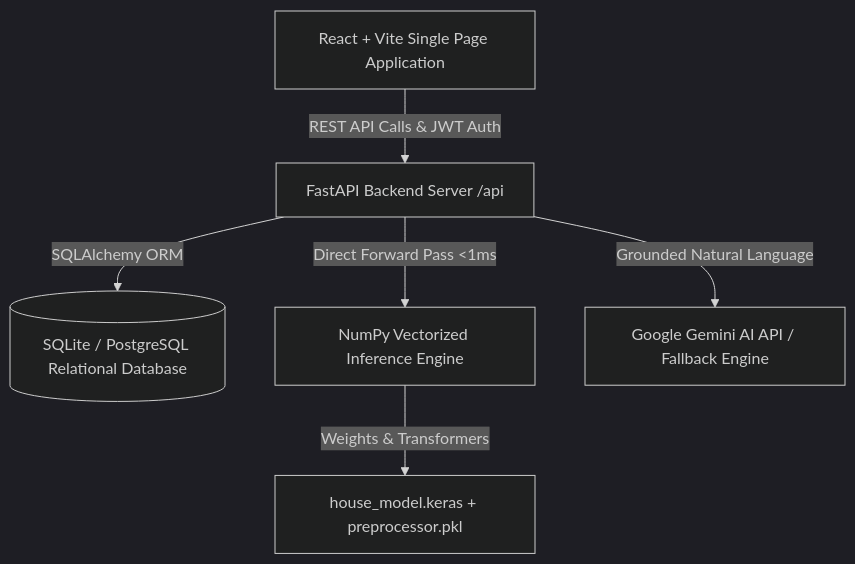
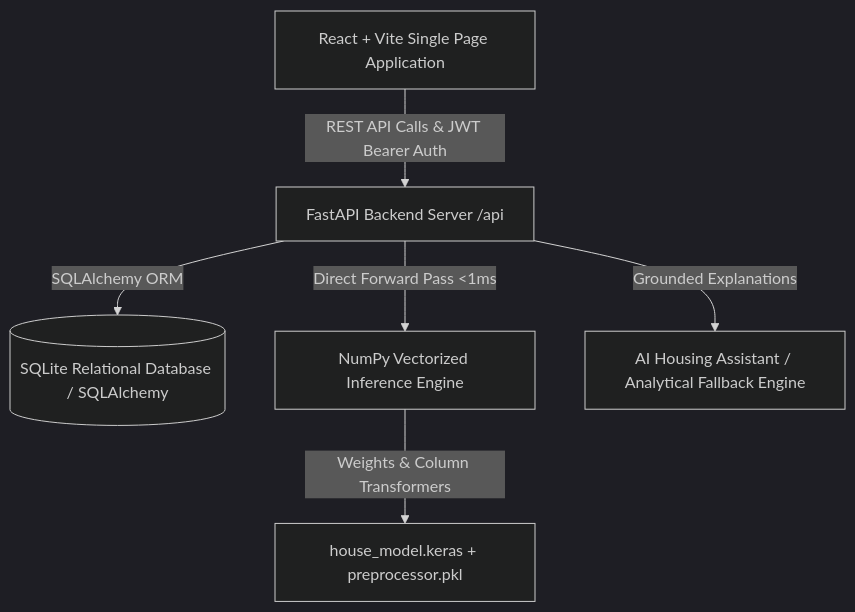
Before and after one commit to musharafkhan0706/California-housing-intelligence-platform: the diagram in README.md, drawn with Mermaid (dark theme). The commit also changed other lines of this file, not shown here.

````diff
--- a/README.md
+++ b/README.md
@@ -56,15 +57,15 @@
 ```mermaid
 graph TD
     Client[React + Vite Single Page Application]
     FastAPI[FastAPI Backend Server /api]
-    DB[(SQLite / PostgreSQL Relational Database)]
+    DB[(SQLite Relational Database / SQLAlchemy)]
     ML[NumPy Vectorized Inference Engine]
     ModelFile[house_model.keras + preprocessor.pkl]
-    Gemini[Google Gemini AI API / Fallback Engine]
+    AI[AI Housing Assistant / Analytical Fallback Engine]
 
-    Client -->|REST API Calls & JWT Auth| FastAPI
+    Client -->|REST API Calls & JWT Bearer Auth| FastAPI
     FastAPI -->|SQLAlchemy ORM| DB
     FastAPI -->|Direct Forward Pass <1ms| ML
-    ML -->|Weights & Transformers| ModelFile
-    FastAPI -->|Grounded Natural Language| Gemini
+    ML -->|Weights & Column Transformers| ModelFile
+    FastAPI -->|Grounded Explanations| AI
 ```
````
